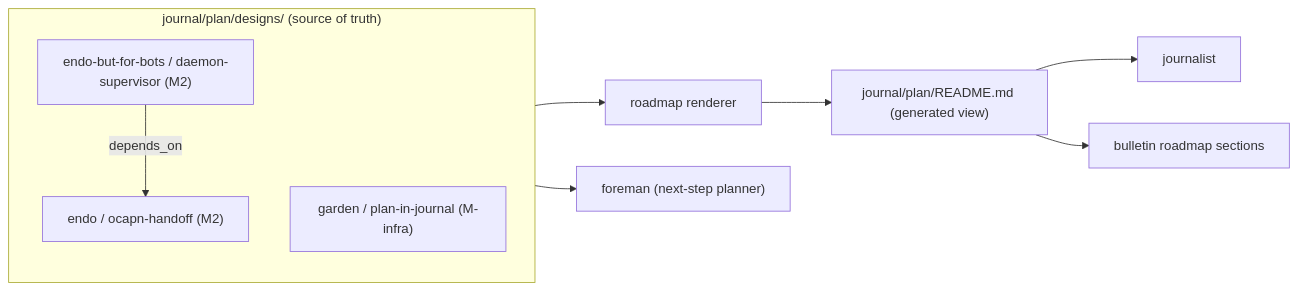
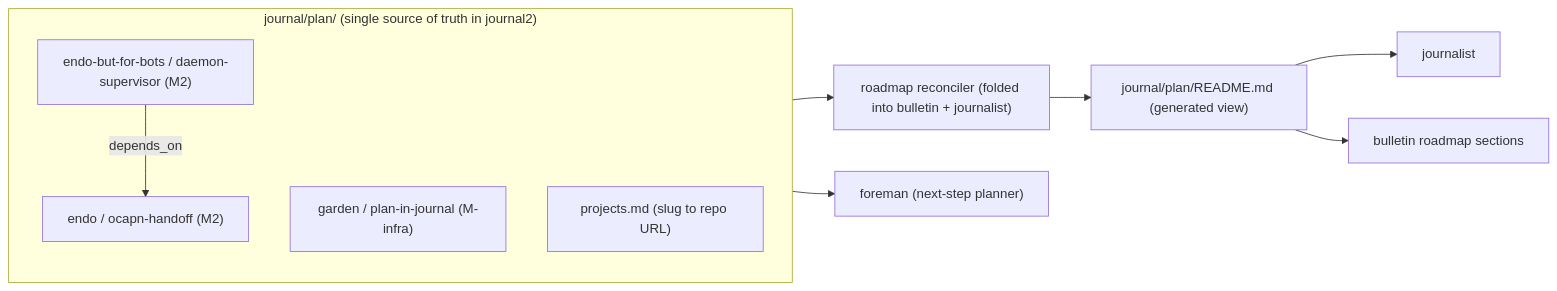
The first of 2 diagrams in designs/plan-in-journal.md (kriscendobot/garden), drawn with Mermaid before and after one commit. The commit also changed other lines of this file, not shown here.

First line of the commit message:
design(plan-in-journal): fold in kriskowal review (plan fully in journal2)

````diff
--- a/designs/plan-in-journal.md
+++ b/designs/plan-in-journal.md
@@ -128,14 +156,15 @@
 ```mermaid
 flowchart LR
-  subgraph records["journal/plan/designs/ (source of truth)"]
+  subgraph records["journal/plan/ (single source of truth in journal2)"]
     A["endo-but-for-bots / daemon-supervisor (M2)"]
     B["endo / ocapn-handoff (M2)"]
     C["garden / plan-in-journal (M-infra)"]
+    M["projects.md (slug to repo URL)"]
   end
   A -- depends_on --> B
-  records --> R["roadmap renderer"]
+  records --> R["roadmap reconciler (folded into bulletin + journalist)"]
   R --> V["journal/plan/README.md (generated view)"]
   V --> J["journalist"]
   V --> BU["bulletin roadmap sections"]
   records --> F["foreman (next-step planner)"]
 ```
````
